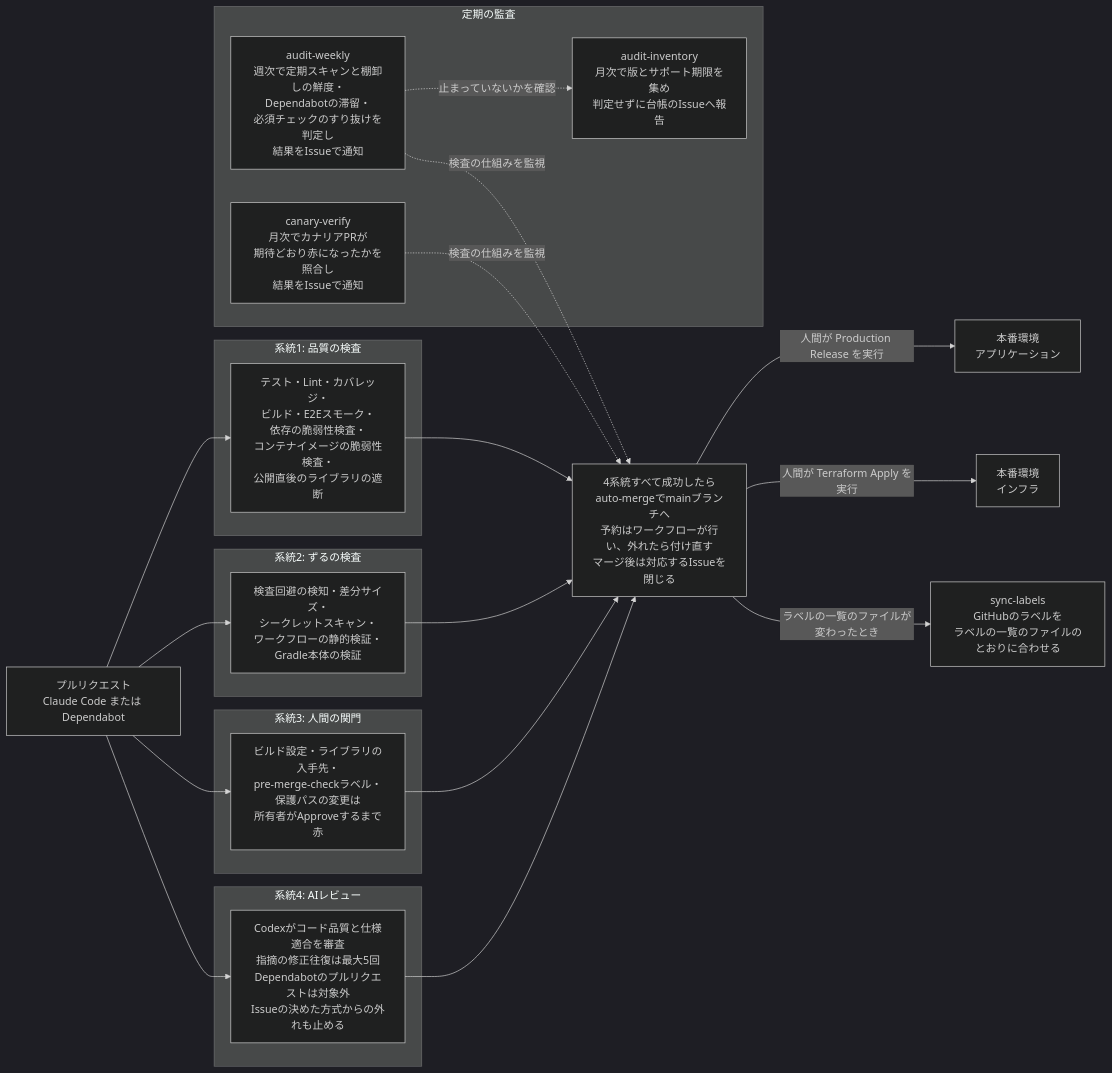
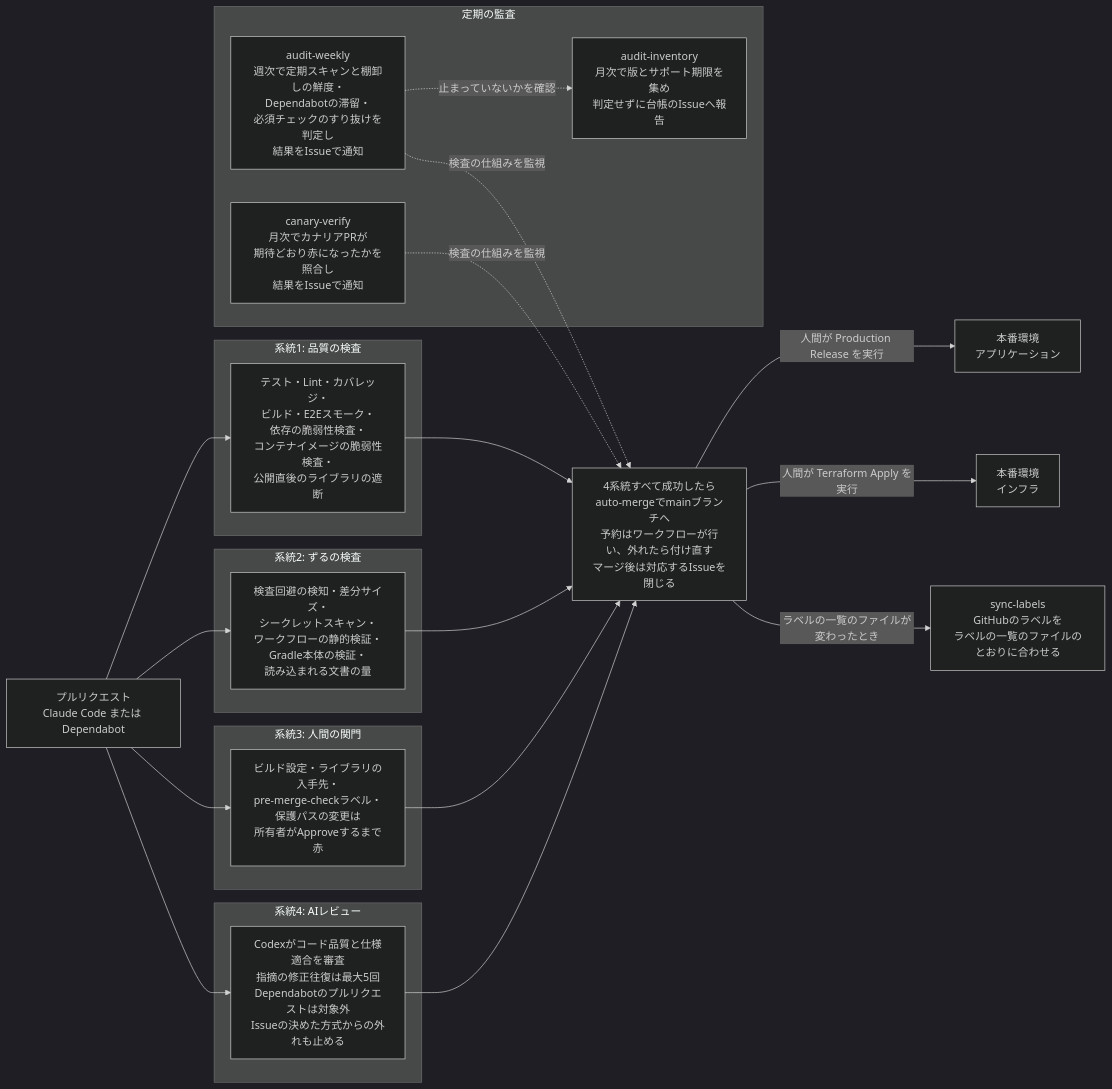
The first of 2 diagrams in README.md (DogisRiki/KeirekiPro), drawn with Mermaid (dark theme) before and after one commit. The commit also changed other lines of this file and 37 other files, not shown here.

````diff
--- a/README.md
+++ b/README.md
@@ -53,37 +53,37 @@
 ```mermaid
 flowchart LR
     PR[プルリクエスト<br>Claude Code または Dependabot]
 
     subgraph s1[系統1: 品質の検査]
         Q[テスト・Lint・カバレッジ・<br>ビルド・E2Eスモーク・<br>依存の脆弱性検査・<br>コンテナイメージの脆弱性検査・<br>公開直後のライブラリの遮断]
     end
     subgraph s2[系統2: ずるの検査]
-        Z[検査回避の検知・差分サイズ・<br>シークレットスキャン・<br>ワークフローの静的検証・<br>Gradle本体の検証]
+        Z[検査回避の検知・差分サイズ・<br>シークレットスキャン・<br>ワークフローの静的検証・<br>Gradle本体の検証・<br>読み込まれる文書の量]
     end
     subgraph s3[系統3: 人間の関門]
         H[ビルド設定・ライブラリの入手先・<br>pre-merge-checkラベル・保護パスの変更は<br>所有者がApproveするまで赤]
     end
     subgraph s4[系統4: AIレビュー]
         A[Codexがコード品質と仕様適合を審査<br>指摘の修正往復は最大5回<br>Dependabotのプルリクエストは対象外<br>Issueの決めた方式からの外れも止める]
     end
 
     PR --> Q
     PR --> Z
     PR --> H
     PR --> A
 
     Q & Z & H & A --> M[4系統すべて成功したら<br>auto-mergeでmainブランチへ<br>予約はワークフローが行い、外れたら付け直す<br>マージ後は対応するIssueを閉じる]
 
     M -->|人間が Production Release を実行| App[本番環境<br>アプリケーション]
     M -->|人間が Terraform Apply を実行| Infra[本番環境<br>インフラ]
     M -->|ラベルの一覧のファイルが変わったとき| Labels[sync-labels<br>GitHubのラベルを<br>ラベルの一覧のファイルのとおりに合わせる]
 
     subgraph s5[定期の監査]
         AW[audit-weekly<br>週次で定期スキャンと棚卸しの鮮度・<br>Dependabotの滞留・<br>必須チェックのすり抜けを判定し<br>結果をIssueで通知]
         CV[canary-verify<br>月次でカナリアPRが<br>期待どおり赤になったかを照合し<br>結果をIssueで通知]
         AI[audit-inventory<br>月次で版とサポート期限を集め<br>判定せずに台帳のIssueへ報告]
     end
 
     AW & CV -.検査の仕組みを監視.-> M
     AW -.止まっていないかを確認.-> AI
 ```
````
